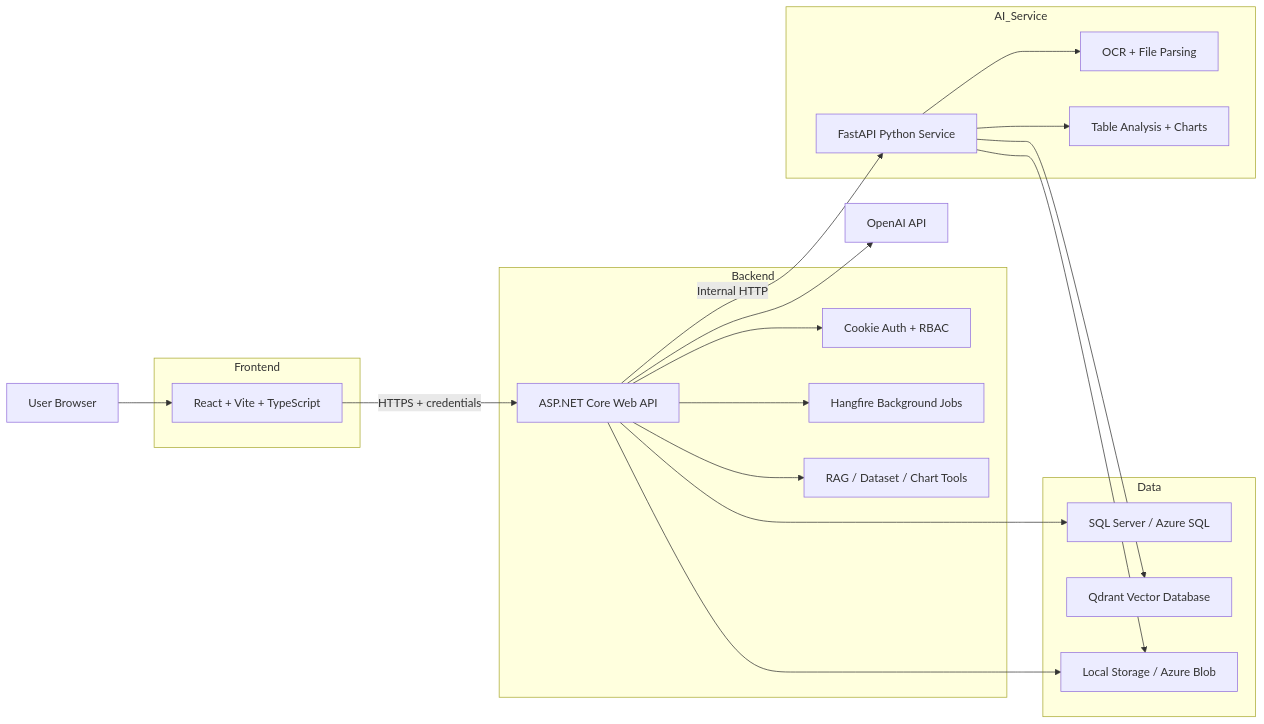
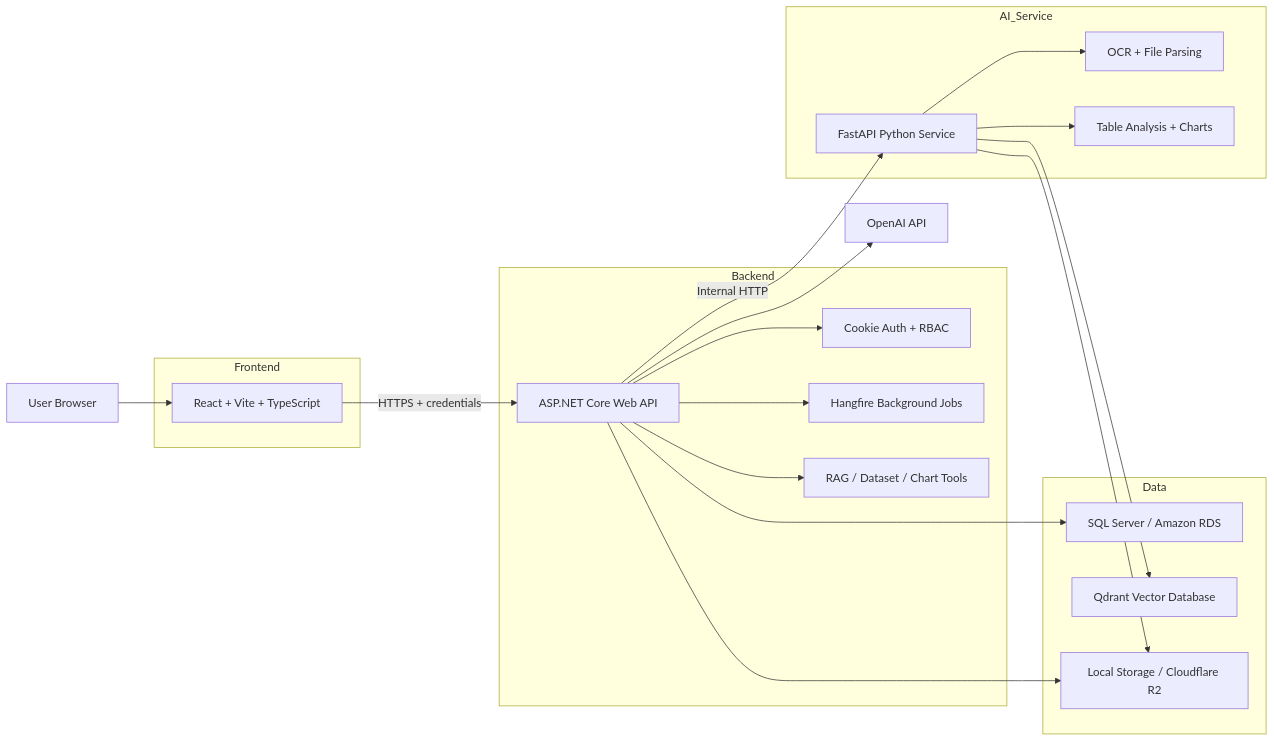
The first of 5 diagrams in readme.md (Nhb170405/Internal-AI-Chatbot), drawn with Mermaid before and after one commit. The commit also changed other lines of this file and 41 other files, not shown here.

````diff
--- a/readme.md
+++ b/readme.md
@@ -156,45 +156,45 @@
 ```mermaid
 flowchart LR
     User["User Browser"]
 
     subgraph Frontend
         React["React + Vite + TypeScript"]
     end
 
     subgraph Backend
         Api["ASP.NET Core Web API"]
         Auth["Cookie Auth + RBAC"]
         Jobs["Hangfire Background Jobs"]
         Tools["RAG / Dataset / Chart Tools"]
     end
 
     subgraph AI_Service
         Python["FastAPI Python Service"]
         OCR["OCR + File Parsing"]
         Analysis["Table Analysis + Charts"]
     end
 
     subgraph Data
-        Sql["SQL Server / Azure SQL"]
+        Sql["SQL Server / Amazon RDS"]
         Qdrant["Qdrant Vector Database"]
-        Blob["Local Storage / Azure Blob"]
+        Blob["Local Storage / Cloudflare R2"]
     end
 
     OpenAI["OpenAI API"]
 
     User --> React
     React -->|HTTPS + credentials| Api
 
     Api --> Auth
     Api --> Tools
     Api --> Jobs
     Api --> Sql
     Api --> Blob
     Api --> OpenAI
     Api -->|Internal HTTP| Python
 
     Python --> OCR
     Python --> Analysis
     Python --> Qdrant
     Python --> Blob
 ```
````
